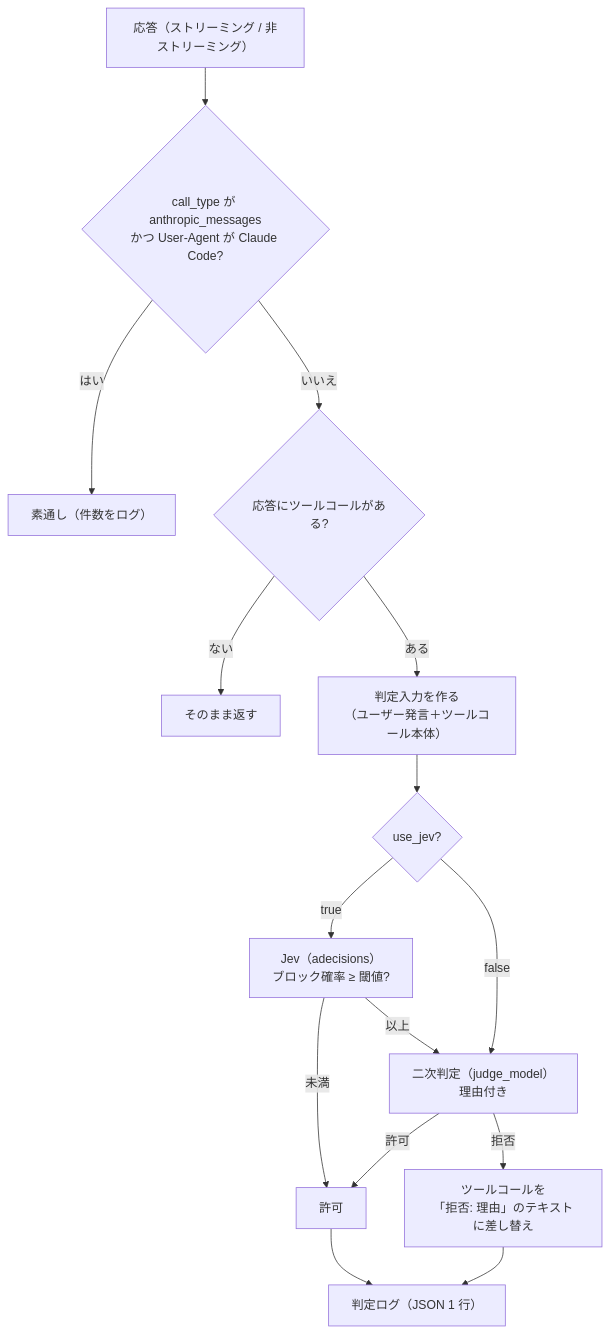
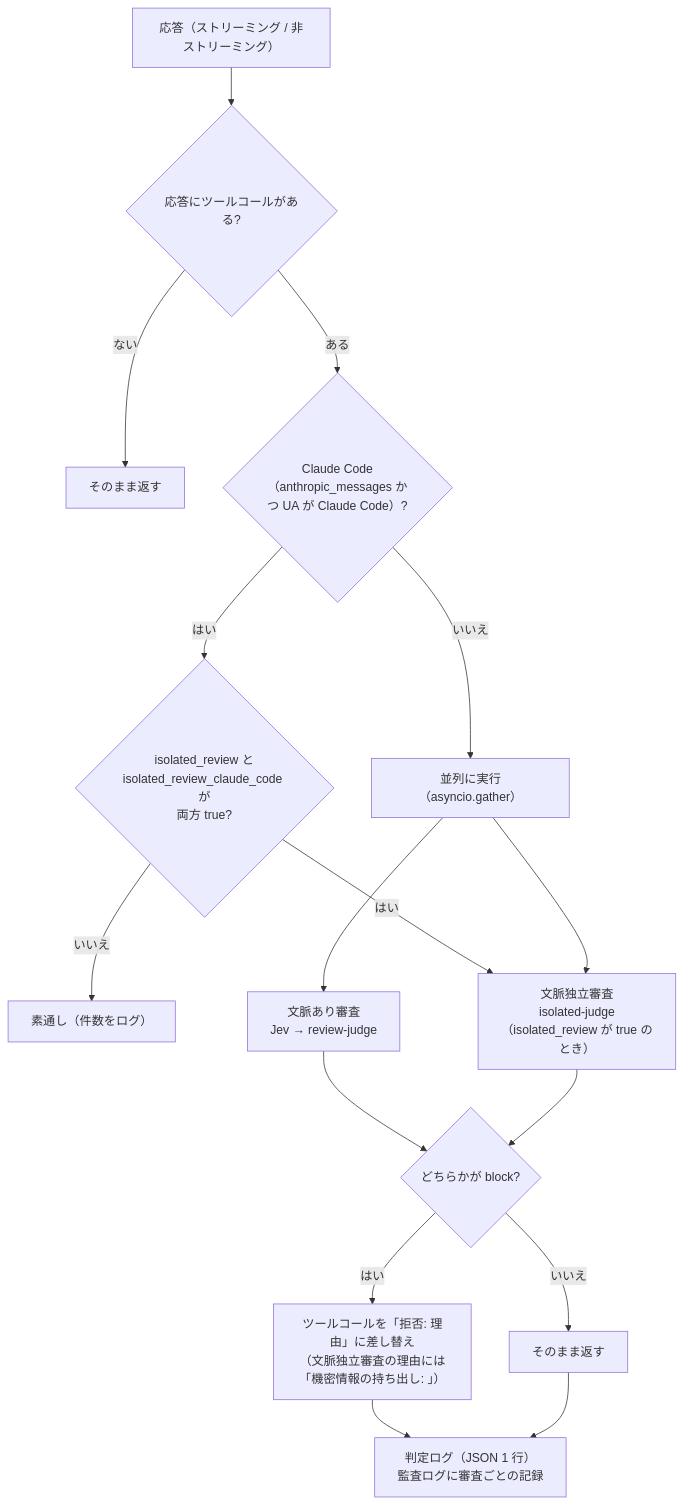
The third of 3 diagrams in docs/design.md (notfolder/litellm-agent-gateway-lab), drawn with Mermaid before and after one commit. The commit also changed other lines of this file and 29 other files, not shown here.

````diff
--- a/docs/design.md
+++ b/docs/design.md
@@ -358,17 +508,18 @@
 ```mermaid
 flowchart TB
-    R["応答（ストリーミング / 非ストリーミング）"] --> K{"call_type が anthropic_messages<br/>かつ User-Agent が Claude Code?"}
-    K -- はい --> PASS["素通し（件数をログ）"]
-    K -- いいえ --> T{"応答にツールコールがある?"}
+    R["応答（ストリーミング / 非ストリーミング）"] --> T{"応答にツールコールがある?"}
     T -- ない --> OUT["そのまま返す"]
-    T -- ある --> X["判定入力を作る<br/>（ユーザー発言＋ツールコール本体）"]
-    X --> J{"use_jev?"}
-    J -- true --> J1["Jev（adecisions）<br/>ブロック確率 ≥ 閾値?"]
-    J1 -- 未満 --> ALLOW["許可"]
-    J1 -- 以上 --> J2["二次判定（judge_model）<br/>理由付き"]
-    J -- false --> J2
-    J2 -- 許可 --> ALLOW
-    J2 -- 拒否 --> DENY["ツールコールを<br/>「拒否: 理由」のテキストに差し替え"]
-    ALLOW --> LOG["判定ログ（JSON 1 行）"]
-    DENY --> LOG
+    T -- ある --> K{"Claude Code<br/>（anthropic_messages かつ UA が Claude Code）?"}
+    K -- はい --> CC{"isolated_review と<br/>isolated_review_claude_code が<br/>両方 true?"}
+    CC -- いいえ --> PASS["素通し（件数をログ）"]
+    CC -- はい --> B
+    K -- いいえ --> P["並列に実行（asyncio.gather）"]
+    P --> A["文脈あり審査<br/>Jev → review-judge"]
+    P --> B["文脈独立審査<br/>isolated-judge<br/>（isolated_review が true のとき）"]
+    A --> M{"どちらかが block?"}
+    B --> M
+    M -- はい --> DENY["ツールコールを「拒否: 理由」に差し替え<br/>（文脈独立審査の理由には「機密情報の持ち出し: 」）"]
+    M -- いいえ --> ALLOW["そのまま返す"]
+    DENY --> LOG["判定ログ（JSON 1 行）<br/>監査ログに審査ごとの記録"]
+    ALLOW --> LOG
 ```
````
